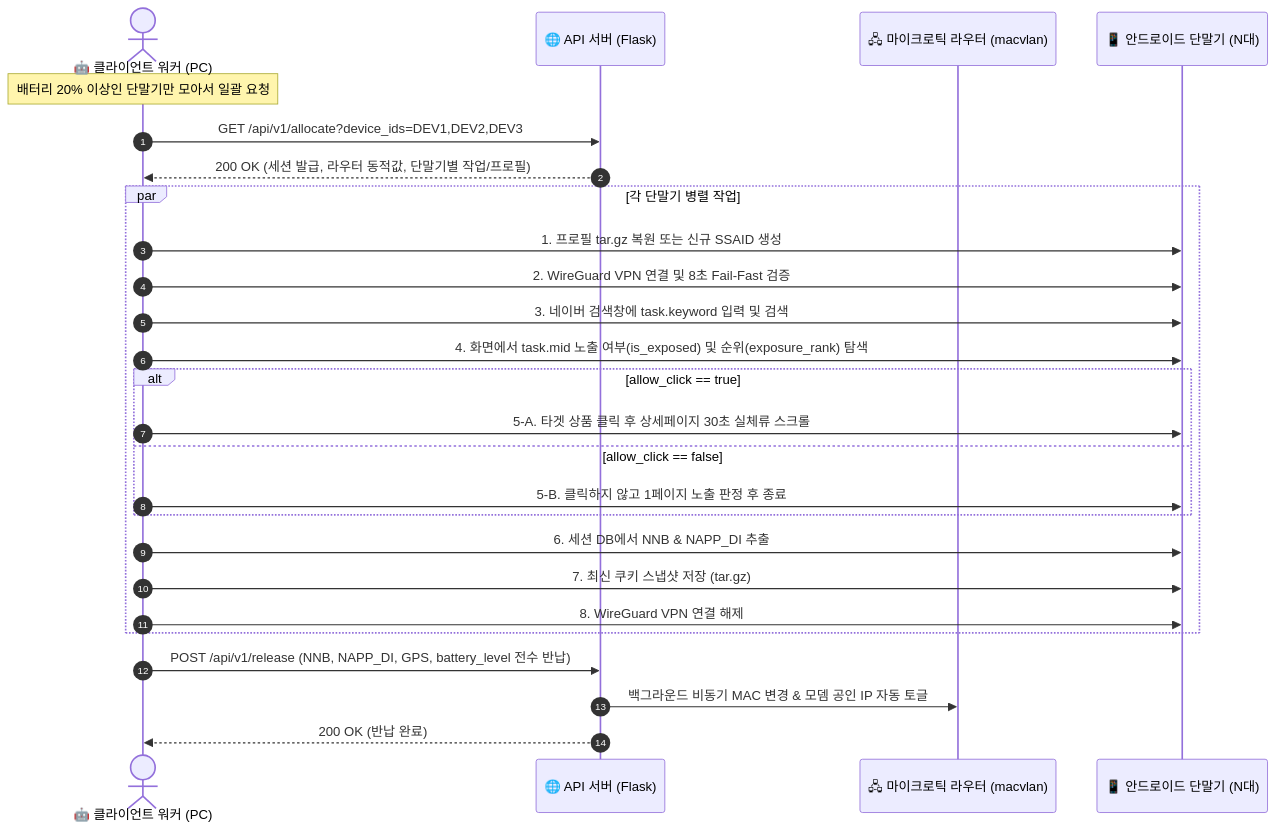
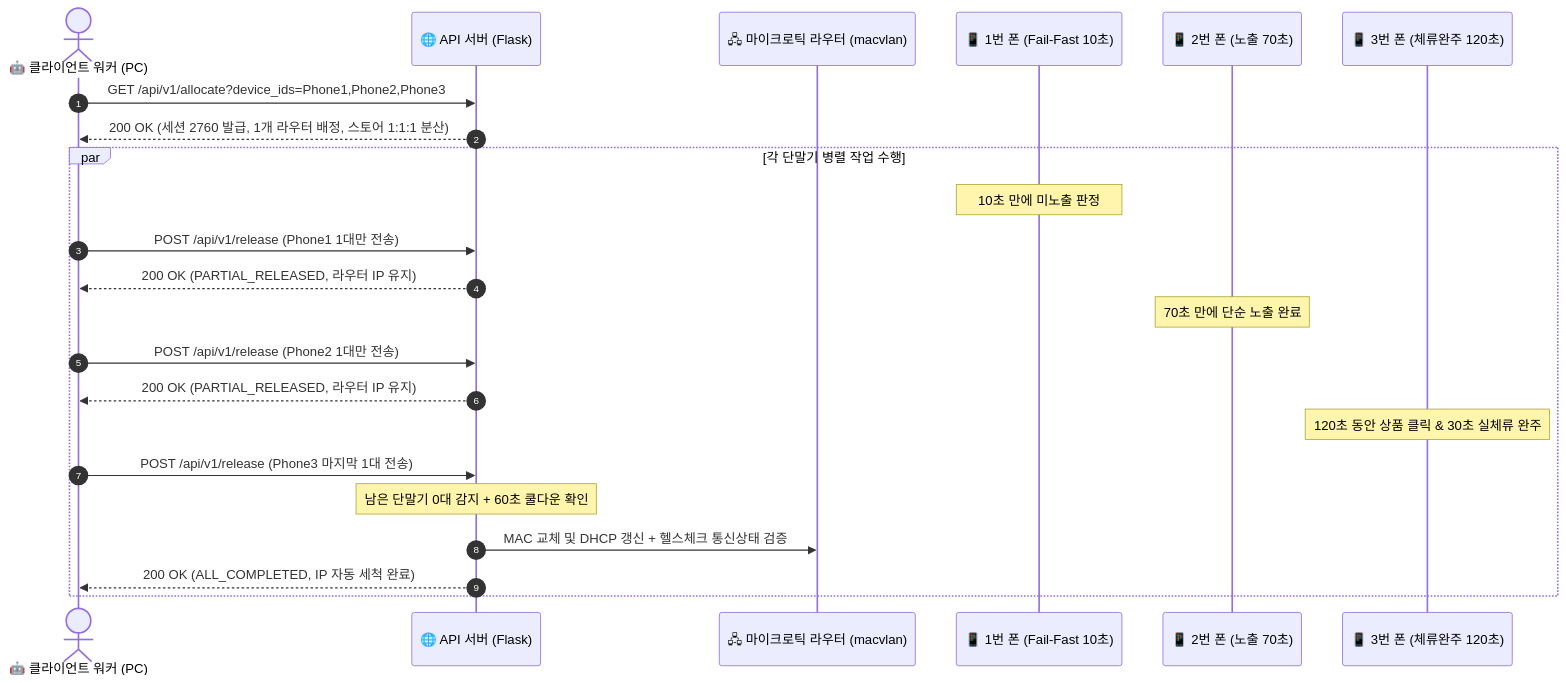
One commit to service0427/nshop_macro_v1 changed the diagram in API_CLIENT_DEVELOPER_GUIDE.md. Above: the diagram before and after it, drawn with Mermaid. The commit also changed other lines of this file and 6 other files, not shown here.

Commit message:
fix: Ensure battery_level (Float 2 decimals) and accurate free_storage_mb (MB integer) in all release payloads

````diff
--- a/API_CLIENT_DEVELOPER_GUIDE.md
+++ b/API_CLIENT_DEVELOPER_GUIDE.md
@@ -213,31 +223,29 @@
 ```mermaid
 sequenceDiagram
     autonumber
     actor Client as 🤖 클라이언트 워커 (PC)
     participant API as 🌐 API 서버 (Flask)
     participant Router as 🖧 마이크로틱 라우터 (macvlan)
-    participant Phone as 📱 안드로이드 단말기 (N대)
+    participant Phone1 as 📱 1번 폰 (Fail-Fast 10초)
+    participant Phone2 as 📱 2번 폰 (노출 70초)
+    participant Phone3 as 📱 3번 폰 (체류완주 120초)
 
-    Note over Client: 배터리 20% 이상인 단말기만 모아서 일괄 요청
-    Client->>API: GET /api/v1/allocate?device_ids=DEV1,DEV2,DEV3
-    API-->>Client: 200 OK (세션 발급, 라우터 동적값, 단말기별 작업/프로필)
+    Client->>API: GET /api/v1/allocate?device_ids=Phone1,Phone2,Phone3
+    API-->>Client: 200 OK (세션 2760 발급, 1개 라우터 배정, 스토어 1:1:1 분산)
 
-    par 각 단말기 병렬 작업
-        Client->>Phone: 1. 프로필 tar.gz 복원 또는 신규 SSAID 생성
-        Client->>Phone: 2. WireGuard VPN 연결 및 8초 Fail-Fast 검증
-        Client->>Phone: 3. 네이버 검색창에 task.keyword 입력 및 검색
-        Client->>Phone: 4. 화면에서 task.mid 노출 여부(is_exposed) 및 순위(exposure_rank) 탐색
-        alt allow_click == true
-            Client->>Phone: 5-A. 타겟 상품 클릭 후 상세페이지 30초 실체류 스크롤
-        else allow_click == false
-            Client->>Phone: 5-B. 클릭하지 않고 1페이지 노출 판정 후 종료
-        end
-        Client->>Phone: 6. 세션 DB에서 NNB & NAPP_DI 추출
-        Client->>Phone: 7. 최신 쿠키 스냅샷 저장 (tar.gz)
-        Client->>Phone: 8. WireGuard VPN 연결 해제
+    par 각 단말기 병렬 작업 수행
+        Note over Phone1: 10초 만에 미노출 판정
+        Client->>API: POST /api/v1/release (Phone1 1대만 전송)
+        API-->>Client: 200 OK (PARTIAL_RELEASED, 라우터 IP 유지)
+
+        Note over Phone2: 70초 만에 단순 노출 완료
+        Client->>API: POST /api/v1/release (Phone2 1대만 전송)
+        API-->>Client: 200 OK (PARTIAL_RELEASED, 라우터 IP 유지)
+
+        Note over Phone3: 120초 동안 상품 클릭 & 30초 실체류 완주
+        Client->>API: POST /api/v1/release (Phone3 마지막 1대 전송)
+        Note over API: 남은 단말기 0대 감지 + 60초 쿨다운 확인
+        API->>Router: MAC 교체 및 DHCP 갱신 + 헬스체크 통신상태 검증
+        API-->>Client: 200 OK (ALL_COMPLETED, IP 자동 세척 완료)
     end
-
-    Client->>API: POST /api/v1/release (NNB, NAPP_DI, GPS, battery_level 전수 반납)
-    API->>Router: 백그라운드 비동기 MAC 변경 & 모뎀 공인 IP 자동 토글
-    API-->>Client: 200 OK (반납 완료)
 ```
````
